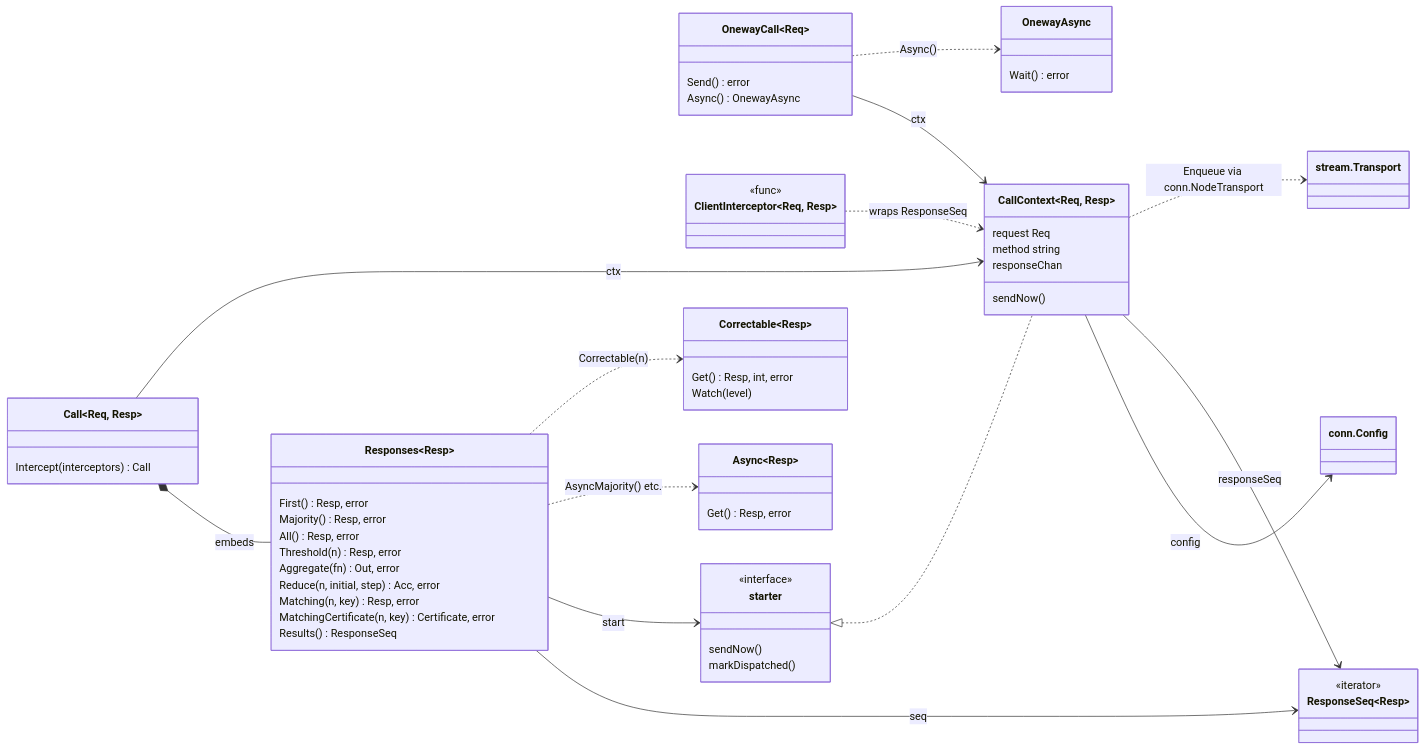
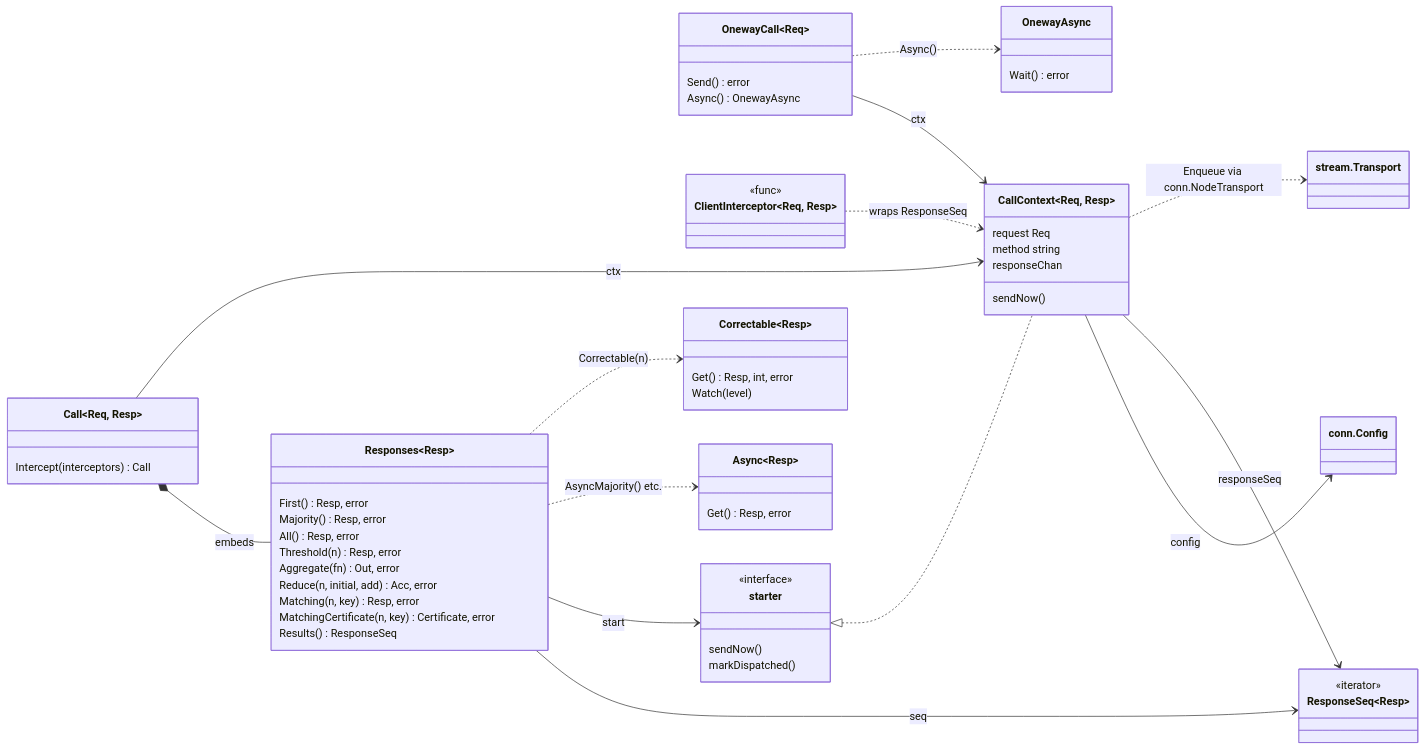
The sixth of 9 diagrams in doc/dev-guide.md (relab/gorums), drawn with Mermaid before and after one commit. The commit also changed 4 other files, not shown here.

First line of the commit message:
gorums: rename the Reduce step argument to add

````diff
--- a/doc/dev-guide.md
+++ b/doc/dev-guide.md
@@ -437,65 +437,65 @@
 ```mermaid
 classDiagram
     direction LR
     class CallContext~Req, Resp~ {
         request Req
         method string
         responseChan
         sendNow()
     }
     class Call~Req, Resp~ {
         Intercept(interceptors) Call
     }
     class Responses~Resp~ {
         First() Resp, error
         Majority() Resp, error
         All() Resp, error
         Threshold(n) Resp, error
         Aggregate(fn) Out, error
-        Reduce(n, initial, step) Acc, error
+        Reduce(n, initial, add) Acc, error
         Matching(n, key) Resp, error
         MatchingCertificate(n, key) Certificate, error
         Results() ResponseSeq
     }
     class OnewayCall~Req~ {
         Send() error
         Async() OnewayAsync
     }
     class OnewayAsync {
         Wait() error
     }
     class ResponseSeq~Resp~ {
         <<iterator>>
     }
     class ClientInterceptor~Req, Resp~ {
         <<func>>
     }
     class Async~Resp~ {
         Get() Resp, error
     }
     class Correctable~Resp~ {
         Get() Resp, int, error
         Watch(level)
     }
     class starter {
         <<interface>>
         sendNow()
         markDispatched()
     }
     class ConnConfig["conn.Config"]
     class StreamTransport["stream.Transport"]
 
     Call *-- Responses : embeds
     Call --> CallContext : ctx
     OnewayCall --> CallContext : ctx
     OnewayCall ..> OnewayAsync : Async()
     Responses --> ResponseSeq : seq
     Responses --> starter : start
     starter <|.. CallContext
     Responses ..> Async : AsyncMajority() etc.
     Responses ..> Correctable : Correctable(n)
     CallContext --> ConnConfig : config
     CallContext --> ResponseSeq : responseSeq
     ClientInterceptor ..> CallContext : wraps ResponseSeq
     CallContext ..> StreamTransport : Enqueue via conn.NodeTransport
 ```
````
